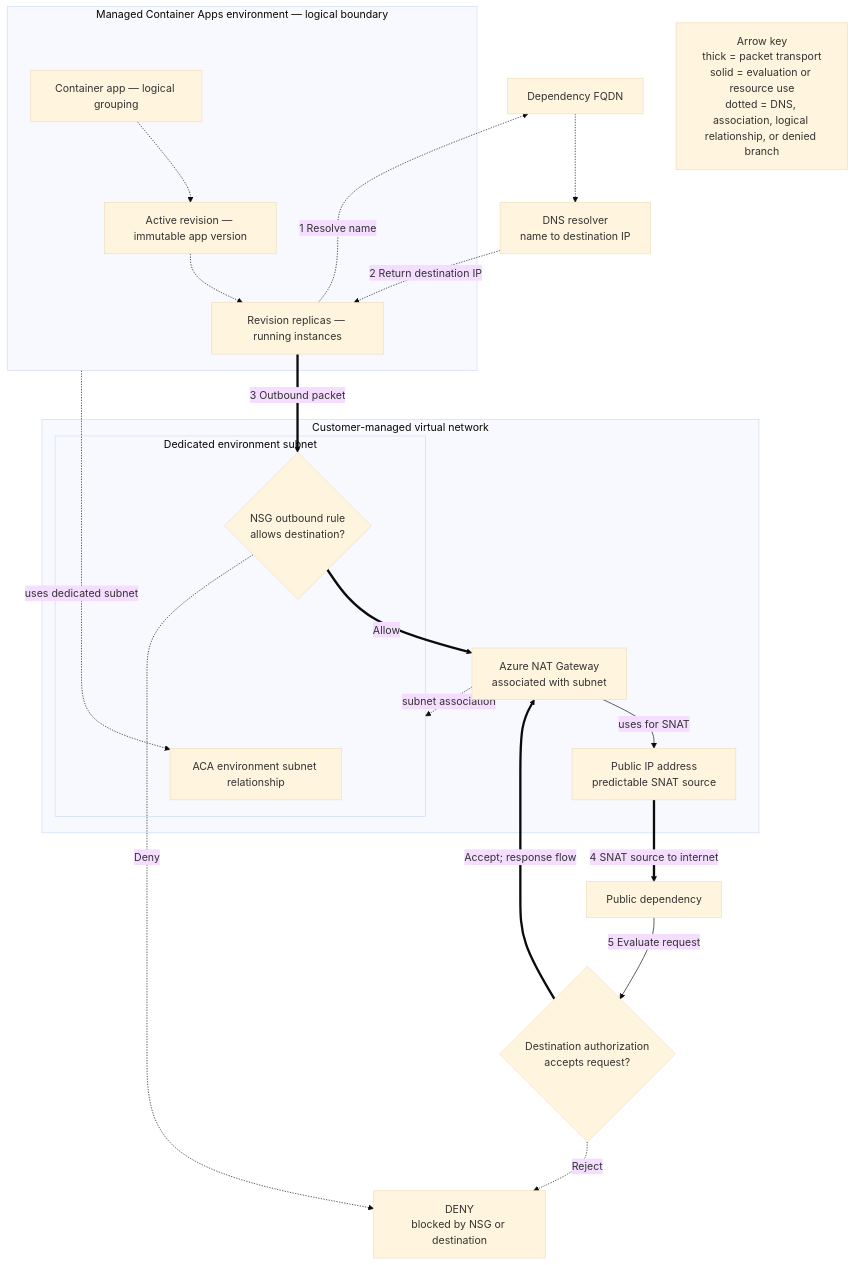
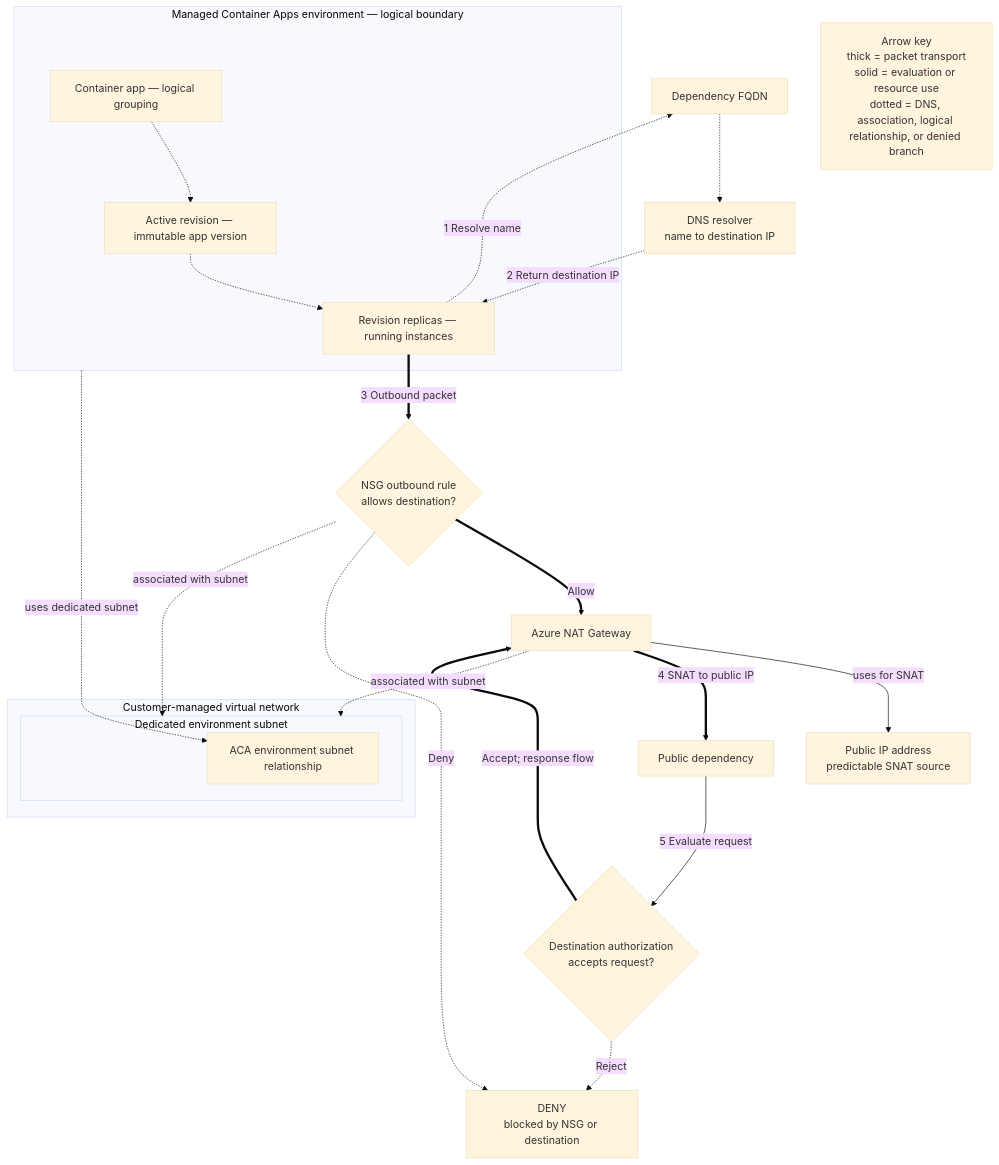
One commit to yeongseon/azure-container-apps-practical-guide changed the second of 3 diagrams in docs/platform/networking/egress-control.md. Above: the diagram before and after it, drawn with Mermaid (base theme). The commit also changed other lines of this file and 1 other file, not shown here.

Commit message:
fix(diagrams): correct Container Apps egress topology

````diff
--- a/docs/platform/networking/egress-control.md
+++ b/docs/platform/networking/egress-control.md
@@ -172,46 +216,46 @@
 ```mermaid
 flowchart TD
     accTitle: Container Apps egress through NAT Gateway
-    accDescr: A logical Container Apps replica resolves a public dependency name, then sends a packet through subnet network controls. A NAT Gateway associated with the dedicated environment subnet translates the source to its public IP before the packet reaches the internet dependency. DNS and destination authorization are independent.
+    accDescr: A logical Container Apps replica resolves a public dependency name, then sends a packet through subnet network controls. A NAT Gateway associated with the dedicated environment subnet translates the source to its public IP before the packet reaches the internet dependency. The NAT Gateway, public IP, NSG, and authorization decision are outside the virtual network boundary.
 
     DNS_NAME["Dependency FQDN"]
     DNS["DNS resolver<br/>name to destination IP"]
 
     subgraph ENV["Managed Container Apps environment — logical boundary"]
         APP["Container app — logical grouping"]
         REV_ACTIVE["Active revision — immutable app version"]
         REPLICAS["Revision replicas — running instances"]
         APP -.-> REV_ACTIVE
         REV_ACTIVE -.-> REPLICAS
     end
 
     subgraph VNET["Customer-managed virtual network"]
         subgraph ENV_SUBNET["Dedicated environment subnet"]
             SUBNET_LINK["ACA environment subnet relationship"]
-            NSG{"NSG outbound rule<br/>allows destination?"}
         end
-
-        NAT["Azure NAT Gateway<br/>associated with subnet"]
-        PIP["Public IP address<br/>predictable SNAT source"]
     end
 
+    NSG{"NSG outbound rule<br/>allows destination?"}
+    NAT["Azure NAT Gateway"]
+    PIP["Public IP address<br/>predictable SNAT source"]
     DEST["Public dependency"]
     AUTH{"Destination authorization<br/>accepts request?"}
     DENY["DENY<br/>blocked by NSG or destination"]
 
     ENV -.->|"uses dedicated subnet"| SUBNET_LINK
-    NAT -.->|"subnet association"| ENV_SUBNET
+    NSG -.->|"associated with subnet"| ENV_SUBNET
+    NAT -.->|"associated with subnet"| ENV_SUBNET
     NAT -->|"uses for SNAT"| PIP
     REPLICAS -.->|"1  Resolve name"| DNS_NAME
     DNS_NAME -.-> DNS
     DNS -.->|"2  Return destination IP"| REPLICAS
     REPLICAS ==>|"3  Outbound packet"| NSG
     NSG ==>|"Allow"| NAT
     NSG -.->|"Deny"| DENY
-    PIP ==>|"4  SNAT source to internet"| DEST
+    NAT ==>|"4  SNAT to public IP"| DEST
     DEST -->|"5  Evaluate request"| AUTH
     AUTH ==>|"Accept; response flow"| NAT
     AUTH -.->|"Reject"| DENY
 
     LEGEND["Arrow key<br/>thick = packet transport<br/>solid = evaluation or resource use<br/>dotted = DNS, association, logical relationship, or denied branch"]
 ```
````
